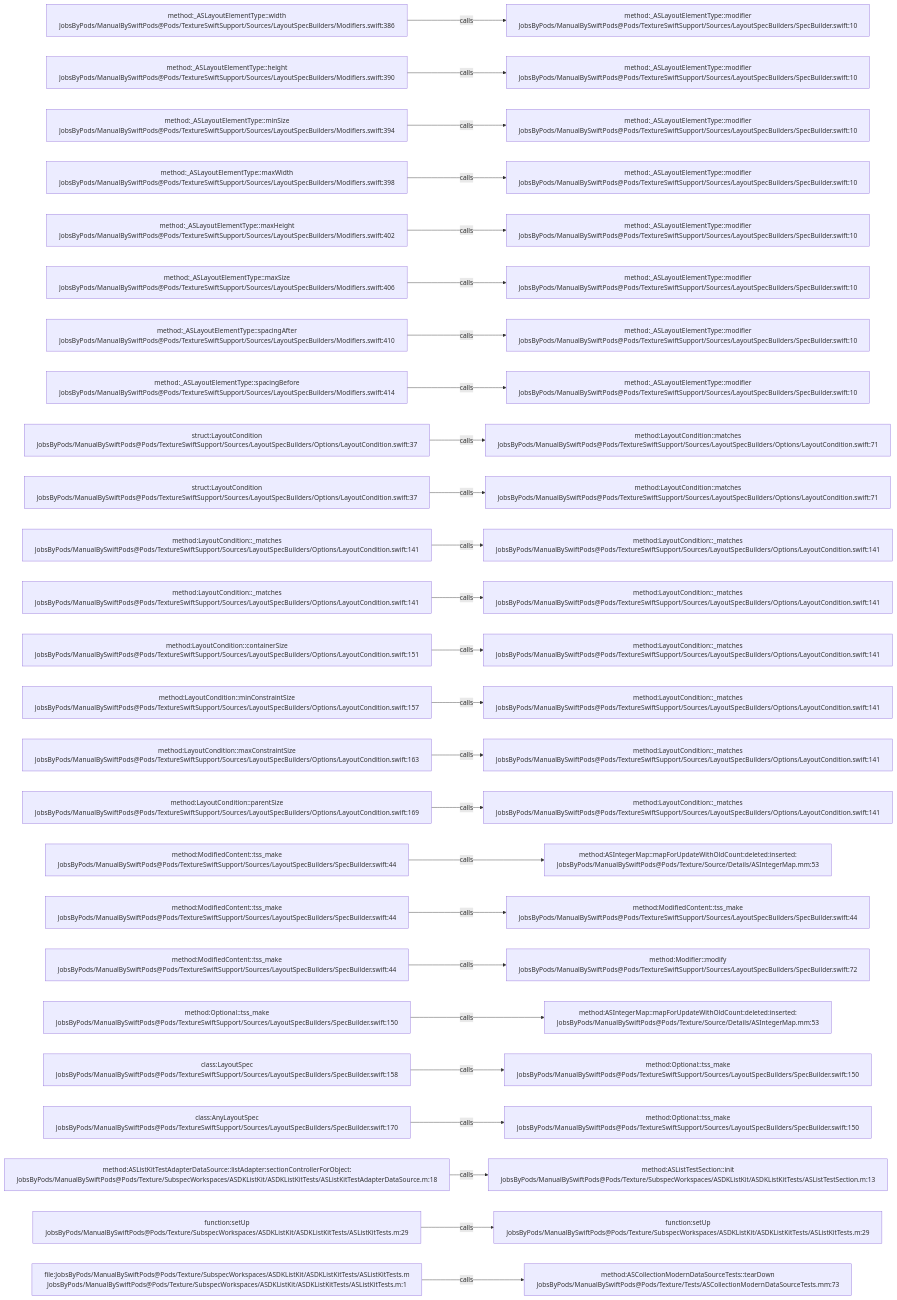
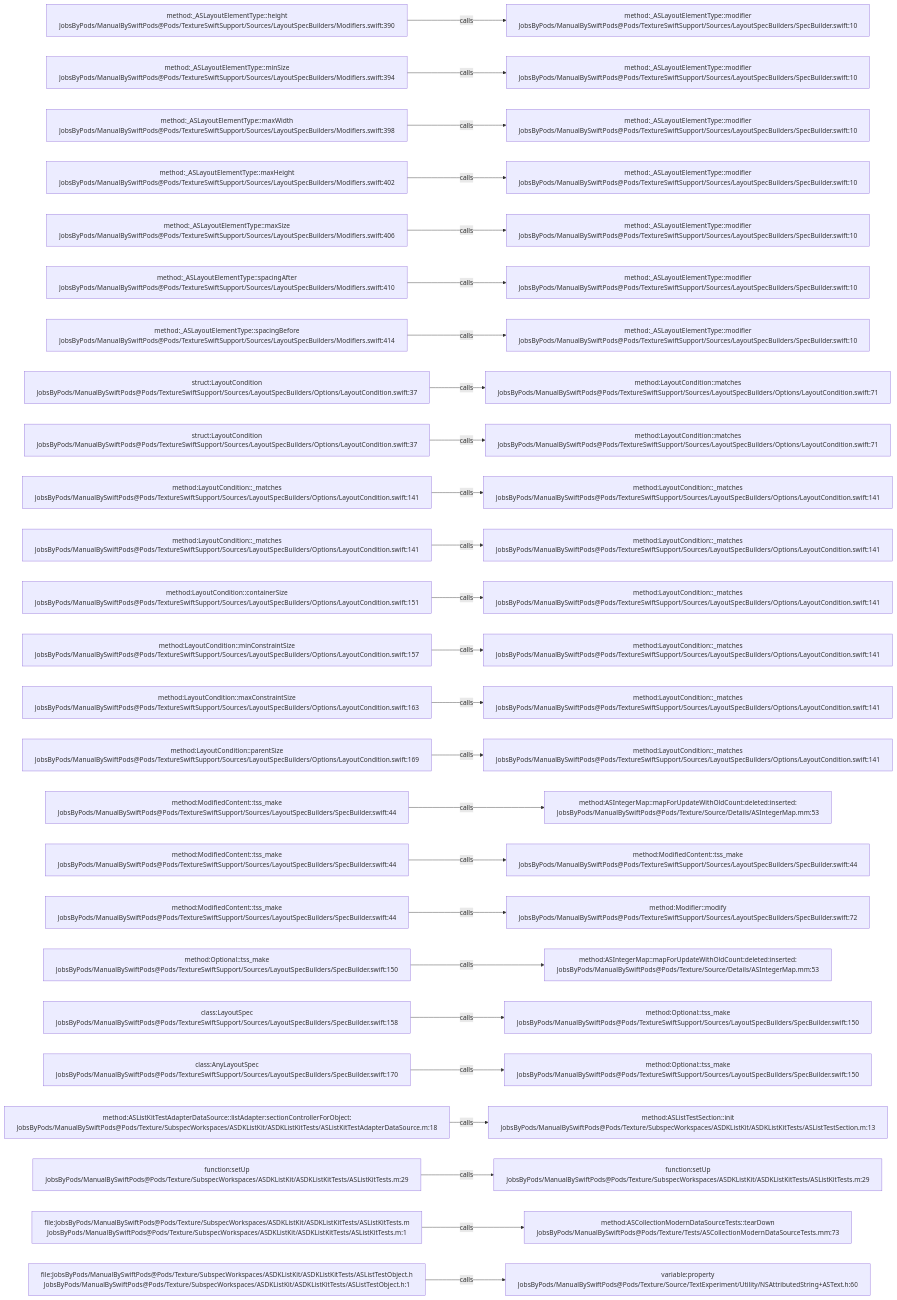
Before and after one commit to JobsKits/JobsSwiftBaseConfigDemo: the diagram in .codegraph/codegraph.md/graphs/calls-159.md, drawn with Mermaid. The commit also changed 747 other files, not shown here.

````diff
--- a/.codegraph/codegraph.md/graphs/calls-159.md
+++ b/.codegraph/codegraph.md/graphs/calls-159.md
@@ -13,78 +13,78 @@
 ```mermaid
 flowchart LR
-  S1["method:_ASLayoutElementType::width<br/>JobsByPods/ManualBySwiftPods@Pods/TextureSwiftSupport/Sources/LayoutSpecBuilders/Modifiers.swift:386"]
+  S1["method:_ASLayoutElementType::height<br/>JobsByPods/ManualBySwiftPods@Pods/TextureSwiftSupport/Sources/LayoutSpecBuilders/Modifiers.swift:390"]
   T1["method:_ASLayoutElementType::modifier<br/>JobsByPods/ManualBySwiftPods@Pods/TextureSwiftSupport/Sources/LayoutSpecBuilders/SpecBuilder.swift:10"]
   S1 -->|calls| T1
-  S2["method:_ASLayoutElementType::height<br/>JobsByPods/ManualBySwiftPods@Pods/TextureSwiftSupport/Sources/LayoutSpecBuilders/Modifiers.swift:390"]
+  S2["method:_ASLayoutElementType::minSize<br/>JobsByPods/ManualBySwiftPods@Pods/TextureSwiftSupport/Sources/LayoutSpecBuilders/Modifiers.swift:394"]
   T2["method:_ASLayoutElementType::modifier<br/>JobsByPods/ManualBySwiftPods@Pods/TextureSwiftSupport/Sources/LayoutSpecBuilders/SpecBuilder.swift:10"]
   S2 -->|calls| T2
-  S3["method:_ASLayoutElementType::minSize<br/>JobsByPods/ManualBySwiftPods@Pods/TextureSwiftSupport/Sources/LayoutSpecBuilders/Modifiers.swift:394"]
+  S3["method:_ASLayoutElementType::maxWidth<br/>JobsByPods/ManualBySwiftPods@Pods/TextureSwiftSupport/Sources/LayoutSpecBuilders/Modifiers.swift:398"]
   T3["method:_ASLayoutElementType::modifier<br/>JobsByPods/ManualBySwiftPods@Pods/TextureSwiftSupport/Sources/LayoutSpecBuilders/SpecBuilder.swift:10"]
   S3 -->|calls| T3
-  S4["method:_ASLayoutElementType::maxWidth<br/>JobsByPods/ManualBySwiftPods@Pods/TextureSwiftSupport/Sources/LayoutSpecBuilders/Modifiers.swift:398"]
+  S4["method:_ASLayoutElementType::maxHeight<br/>JobsByPods/ManualBySwiftPods@Pods/TextureSwiftSupport/Sources/LayoutSpecBuilders/Modifiers.swift:402"]
   T4["method:_ASLayoutElementType::modifier<br/>JobsByPods/ManualBySwiftPods@Pods/TextureSwiftSupport/Sources/LayoutSpecBuilders/SpecBuilder.swift:10"]
   S4 -->|calls| T4
-  S5["method:_ASLayoutElementType::maxHeight<br/>JobsByPods/ManualBySwiftPods@Pods/TextureSwiftSupport/Sources/LayoutSpecBuilders/Modifiers.swift:402"]
+  S5["method:_ASLayoutElementType::maxSize<br/>JobsByPods/ManualBySwiftPods@Pods/TextureSwiftSupport/Sources/LayoutSpecBuilders/Modifiers.swift:406"]
   T5["method:_ASLayoutElementType::modifier<br/>JobsByPods/ManualBySwiftPods@Pods/TextureSwiftSupport/Sources/LayoutSpecBuilders/SpecBuilder.swift:10"]
   S5 -->|calls| T5
-  S6["method:_ASLayoutElementType::maxSize<br/>JobsByPods/ManualBySwiftPods@Pods/TextureSwiftSupport/Sources/LayoutSpecBuilders/Modifiers.swift:406"]
+  S6["method:_ASLayoutElementType::spacingAfter<br/>JobsByPods/ManualBySwiftPods@Pods/TextureSwiftSupport/Sources/LayoutSpecBuilders/Modifiers.swift:410"]
   T6["method:_ASLayoutElementType::modifier<br/>JobsByPods/ManualBySwiftPods@Pods/TextureSwiftSupport/Sources/LayoutSpecBuilders/SpecBuilder.swift:10"]
   S6 -->|calls| T6
-  S7["method:_ASLayoutElementType::spacingAfter<br/>JobsByPods/ManualBySwiftPods@Pods/TextureSwiftSupport/Sources/LayoutSpecBuilders/Modifiers.swift:410"]
+  S7["method:_ASLayoutElementType::spacingBefore<br/>JobsByPods/ManualBySwiftPods@Pods/TextureSwiftSupport/Sources/LayoutSpecBuilders/Modifiers.swift:414"]
   T7["method:_ASLayoutElementType::modifier<br/>JobsByPods/ManualBySwiftPods@Pods/TextureSwiftSupport/Sources/LayoutSpecBuilders/SpecBuilder.swift:10"]
   S7 -->|calls| T7
-  S8["method:_ASLayoutElementType::spacingBefore<br/>JobsByPods/ManualBySwiftPods@Pods/TextureSwiftSupport/Sources/LayoutSpecBuilders/Modifiers.swift:414"]
-  T8["method:_ASLayoutElementType::modifier<br/>JobsByPods/ManualBySwiftPods@Pods/TextureSwiftSupport/Sources/LayoutSpecBuilders/SpecBuilder.swift:10"]
+  S8["struct:LayoutCondition<br/>JobsByPods/ManualBySwiftPods@Pods/TextureSwiftSupport/Sources/LayoutSpecBuilders/Options/LayoutCondition.swift:37"]
+  T8["method:LayoutCondition::matches<br/>JobsByPods/ManualBySwiftPods@Pods/TextureSwiftSupport/Sources/LayoutSpecBuilders/Options/LayoutCondition.swift:71"]
   S8 -->|calls| T8
   S9["struct:LayoutCondition<br/>JobsByPods/ManualBySwiftPods@Pods/TextureSwiftSupport/Sources/LayoutSpecBuilders/Options/LayoutCondition.swift:37"]
   T9["method:LayoutCondition::matches<br/>JobsByPods/ManualBySwiftPods@Pods/TextureSwiftSupport/Sources/LayoutSpecBuilders/Options/LayoutCondition.swift:71"]
   S9 -->|calls| T9
-  S10["struct:LayoutCondition<br/>JobsByPods/ManualBySwiftPods@Pods/TextureSwiftSupport/Sources/LayoutSpecBuilders/Options/LayoutCondition.swift:37"]
-  T10["method:LayoutCondition::matches<br/>JobsByPods/ManualBySwiftPods@Pods/TextureSwiftSupport/Sources/LayoutSpecBuilders/Options/LayoutCondition.swift:71"]
+  S10["method:LayoutCondition::_matches<br/>JobsByPods/ManualBySwiftPods@Pods/TextureSwiftSupport/Sources/LayoutSpecBuilders/Options/LayoutCondition.swift:141"]
+  T10["method:LayoutCondition::_matches<br/>JobsByPods/ManualBySwiftPods@Pods/TextureSwiftSupport/Sources/LayoutSpecBuilders/Options/LayoutCondition.swift:141"]
   S10 -->|calls| T10
   S11["method:LayoutCondition::_matches<br/>JobsByPods/ManualBySwiftPods@Pods/TextureSwiftSupport/Sources/LayoutSpecBuilders/Options/LayoutCondition.swift:141"]
   T11["method:LayoutCondition::_matches<br/>JobsByPods/ManualBySwiftPods@Pods/TextureSwiftSupport/Sources/LayoutSpecBuilders/Options/LayoutCondition.swift:141"]
   S11 -->|calls| T11
-  S12["method:LayoutCondition::_matches<br/>JobsByPods/ManualBySwiftPods@Pods/TextureSwiftSupport/Sources/LayoutSpecBuilders/Options/LayoutCondition.swift:141"]
+  S12["method:LayoutCondition::containerSize<br/>JobsByPods/ManualBySwiftPods@Pods/TextureSwiftSupport/Sources/LayoutSpecBuilders/Options/LayoutCondition.swift:151"]
   T12["method:LayoutCondition::_matches<br/>JobsByPods/ManualBySwiftPods@Pods/TextureSwiftSupport/Sources/LayoutSpecBuilders/Options/LayoutCondition.swift:141"]
   S12 -->|calls| T12
-  S13["method:LayoutCondition::containerSize<br/>JobsByPods/ManualBySwiftPods@Pods/TextureSwiftSupport/Sources/LayoutSpecBuilders/Options/LayoutCondition.swift:151"]
+  S13["method:LayoutCondition::minConstraintSize<br/>JobsByPods/ManualBySwiftPods@Pods/TextureSwiftSupport/Sources/LayoutSpecBuilders/Options/LayoutCondition.swift:157"]
   T13["method:LayoutCondition::_matches<br/>JobsByPods/ManualBySwiftPods@Pods/TextureSwiftSupport/Sources/LayoutSpecBuilders/Options/LayoutCondition.swift:141"]
   S13 -->|calls| T13
-  S14["method:LayoutCondition::minConstraintSize<br/>JobsByPods/ManualBySwiftPods@Pods/TextureSwiftSupport/Sources/LayoutSpecBuilders/Options/LayoutCondition.swift:157"]
+  S14["method:LayoutCondition::maxConstraintSize<br/>JobsByPods/ManualBySwiftPods@Pods/TextureSwiftSupport/Sources/LayoutSpecBuilders/Options/LayoutCondition.swift:163"]
   T14["method:LayoutCondition::_matches<br/>JobsByPods/ManualBySwiftPods@Pods/TextureSwiftSupport/Sources/LayoutSpecBuilders/Options/LayoutCondition.swift:141"]
   S14 -->|calls| T14
-  S15["method:LayoutCondition::maxConstraintSize<br/>JobsByPods/ManualBySwiftPods@Pods/TextureSwiftSupport/Sources/LayoutSpecBuilders/Options/LayoutCondition.swift:163"]
+  S15["method:LayoutCondition::parentSize<br/>JobsByPods/ManualBySwiftPods@Pods/TextureSwiftSupport/Sources/LayoutSpecBuilders/Options/LayoutCondition.swift:169"]
   T15["method:LayoutCondition::_matches<br/>JobsByPods/ManualBySwiftPods@Pods/TextureSwiftSupport/Sources/LayoutSpecBuilders/Options/LayoutCondition.swift:141"]
   S15 -->|calls| T15
-  S16["method:LayoutCondition::parentSize<br/>JobsByPods/ManualBySwiftPods@Pods/TextureSwiftSupport/Sources/LayoutSpecBuilders/Options/LayoutCondition.swift:169"]
-  T16["method:LayoutCondition::_matches<br/>JobsByPods/ManualBySwiftPods@Pods/TextureSwiftSupport/Sources/LayoutSpecBuilders/Options/LayoutCondition.swift:141"]
+  S16["method:ModifiedContent::tss_make<br/>JobsByPods/ManualBySwiftPods@Pods/TextureSwiftSupport/Sources/LayoutSpecBuilders/SpecBuilder.swift:44"]
+  T16["method:ASIntegerMap::mapForUpdateWithOldCount:deleted:inserted:<br/>JobsByPods/ManualBySwiftPods@Pods/Texture/Source/Details/ASIntegerMap.mm:53"]
   S16 -->|calls| T16
   S17["method:ModifiedContent::tss_make<br/>JobsByPods/ManualBySwiftPods@Pods/TextureSwiftSupport/Sources/LayoutSpecBuilders/SpecBuilder.swift:44"]
-  T17["method:ASIntegerMap::mapForUpdateWithOldCount:deleted:inserted:<br/>JobsByPods/ManualBySwiftPods@Pods/Texture/Source/Details/ASIntegerMap.mm:53"]
+  T17["method:ModifiedContent::tss_make<br/>JobsByPods/ManualBySwiftPods@Pods/TextureSwiftSupport/Sources/LayoutSpecBuilders/SpecBuilder.swift:44"]
   S17 -->|calls| T17
   S18["method:ModifiedContent::tss_make<br/>JobsByPods/ManualBySwiftPods@Pods/TextureSwiftSupport/Sources/LayoutSpecBuilders/SpecBuilder.swift:44"]
-  T18["method:ModifiedContent::tss_make<br/>JobsByPods/ManualBySwiftPods@Pods/TextureSwiftSupport/Sources/LayoutSpecBuilders/SpecBuilder.swift:44"]
+  T18["method:Modifier::modify<br/>JobsByPods/ManualBySwiftPods@Pods/TextureSwiftSupport/Sources/LayoutSpecBuilders/SpecBuilder.swift:72"]
   S18 -->|calls| T18
-  S19["method:ModifiedContent::tss_make<br/>JobsByPods/ManualBySwiftPods@Pods/TextureSwiftSupport/Sources/LayoutSpecBuilders/SpecBuilder.swift:44"]
-  T19["method:Modifier::modify<br/>JobsByPods/ManualBySwiftPods@Pods/TextureSwiftSupport/Sources/LayoutSpecBuilders/SpecBuilder.swift:72"]
+  S19["method:Optional::tss_make<br/>JobsByPods/ManualBySwiftPods@Pods/TextureSwiftSupport/Sources/LayoutSpecBuilders/SpecBuilder.swift:150"]
+  T19["method:ASIntegerMap::mapForUpdateWithOldCount:deleted:inserted:<br/>JobsByPods/ManualBySwiftPods@Pods/Texture/Source/Details/ASIntegerMap.mm:53"]
   S19 -->|calls| T19
-  S20["method:Optional::tss_make<br/>JobsByPods/ManualBySwiftPods@Pods/TextureSwiftSupport/Sources/LayoutSpecBuilders/SpecBuilder.swift:150"]
-  T20["method:ASIntegerMap::mapForUpdateWithOldCount:deleted:inserted:<br/>JobsByPods/ManualBySwiftPods@Pods/Texture/Source/Details/ASIntegerMap.mm:53"]
+  S20["class:LayoutSpec<br/>JobsByPods/ManualBySwiftPods@Pods/TextureSwiftSupport/Sources/LayoutSpecBuilders/SpecBuilder.swift:158"]
+  T20["method:Optional::tss_make<br/>JobsByPods/ManualBySwiftPods@Pods/TextureSwiftSupport/Sources/LayoutSpecBuilders/SpecBuilder.swift:150"]
   S20 -->|calls| T20
-  S21["class:LayoutSpec<br/>JobsByPods/ManualBySwiftPods@Pods/TextureSwiftSupport/Sources/LayoutSpecBuilders/SpecBuilder.swift:158"]
+  S21["class:AnyLayoutSpec<br/>JobsByPods/ManualBySwiftPods@Pods/TextureSwiftSupport/Sources/LayoutSpecBuilders/SpecBuilder.swift:170"]
   T21["method:Optional::tss_make<br/>JobsByPods/ManualBySwiftPods@Pods/TextureSwiftSupport/Sources/LayoutSpecBuilders/SpecBuilder.swift:150"]
   S21 -->|calls| T21
-  S22["class:AnyLayoutSpec<br/>JobsByPods/ManualBySwiftPods@Pods/TextureSwiftSupport/Sources/LayoutSpecBuilders/SpecBuilder.swift:170"]
-  T22["method:Optional::tss_make<br/>JobsByPods/ManualBySwiftPods@Pods/TextureSwiftSupport/Sources/LayoutSpecBuilders/SpecBuilder.swift:150"]
+  S22["method:ASListKitTestAdapterDataSource::listAdapter:sectionControllerForObject:<br/>JobsByPods/ManualBySwiftPods@Pods/Texture/SubspecWorkspaces/ASDKListKit/ASDKListKitTests/ASListKitTestAdapterDataSource.m:18"]
+  T22["method:ASListTestSection::init<br/>JobsByPods/ManualBySwiftPods@Pods/Texture/SubspecWorkspaces/ASDKListKit/ASDKListKitTests/ASListTestSection.m:13"]
   S22 -->|calls| T22
-  S23["method:ASListKitTestAdapterDataSource::listAdapter:sectionControllerForObject:<br/>JobsByPods/ManualBySwiftPods@Pods/Texture/SubspecWorkspaces/ASDKListKit/ASDKListKitTests/ASListKitTestAdapterDataSource.m:18"]
-  T23["method:ASListTestSection::init<br/>JobsByPods/ManualBySwiftPods@Pods/Texture/SubspecWorkspaces/ASDKListKit/ASDKListKitTests/ASListTestSection.m:13"]
+  S23["function:setUp<br/>JobsByPods/ManualBySwiftPods@Pods/Texture/SubspecWorkspaces/ASDKListKit/ASDKListKitTests/ASListKitTests.m:29"]
+  T23["function:setUp<br/>JobsByPods/ManualBySwiftPods@Pods/Texture/SubspecWorkspaces/ASDKListKit/ASDKListKitTests/ASListKitTests.m:29"]
   S23 -->|calls| T23
-  S24["function:setUp<br/>JobsByPods/ManualBySwiftPods@Pods/Texture/SubspecWorkspaces/ASDKListKit/ASDKListKitTests/ASListKitTests.m:29"]
-  T24["function:setUp<br/>JobsByPods/ManualBySwiftPods@Pods/Texture/SubspecWorkspaces/ASDKListKit/ASDKListKitTests/ASListKitTests.m:29"]
+  S24["file:JobsByPods/ManualBySwiftPods@Pods/Texture/SubspecWorkspaces/ASDKListKit/ASDKListKitTests/ASListKitTests.m<br/>JobsByPods/ManualBySwiftPods@Pods/Texture/SubspecWorkspaces/ASDKListKit/ASDKListKitTests/ASListKitTests.m:1"]
+  T24["method:ASCollectionModernDataSourceTests::tearDown<br/>JobsByPods/ManualBySwiftPods@Pods/Texture/Tests/ASCollectionModernDataSourceTests.mm:73"]
   S24 -->|calls| T24
-  S25["file:JobsByPods/ManualBySwiftPods@Pods/Texture/SubspecWorkspaces/ASDKListKit/ASDKListKitTests/ASListKitTests.m<br/>JobsByPods/ManualBySwiftPods@Pods/Texture/SubspecWorkspaces/ASDKListKit/ASDKListKitTests/ASListKitTests.m:1"]
-  T25["method:ASCollectionModernDataSourceTests::tearDown<br/>JobsByPods/ManualBySwiftPods@Pods/Texture/Tests/ASCollectionModernDataSourceTests.mm:73"]
+  S25["file:JobsByPods/ManualBySwiftPods@Pods/Texture/SubspecWorkspaces/ASDKListKit/ASDKListKitTests/ASListTestObject.h<br/>JobsByPods/ManualBySwiftPods@Pods/Texture/SubspecWorkspaces/ASDKListKit/ASDKListKitTests/ASListTestObject.h:1"]
+  T25["variable:property<br/>JobsByPods/ManualBySwiftPods@Pods/Texture/Source/TextExperiment/Utility/NSAttributedString+ASText.h:60"]
   S25 -->|calls| T25
 ```
````
